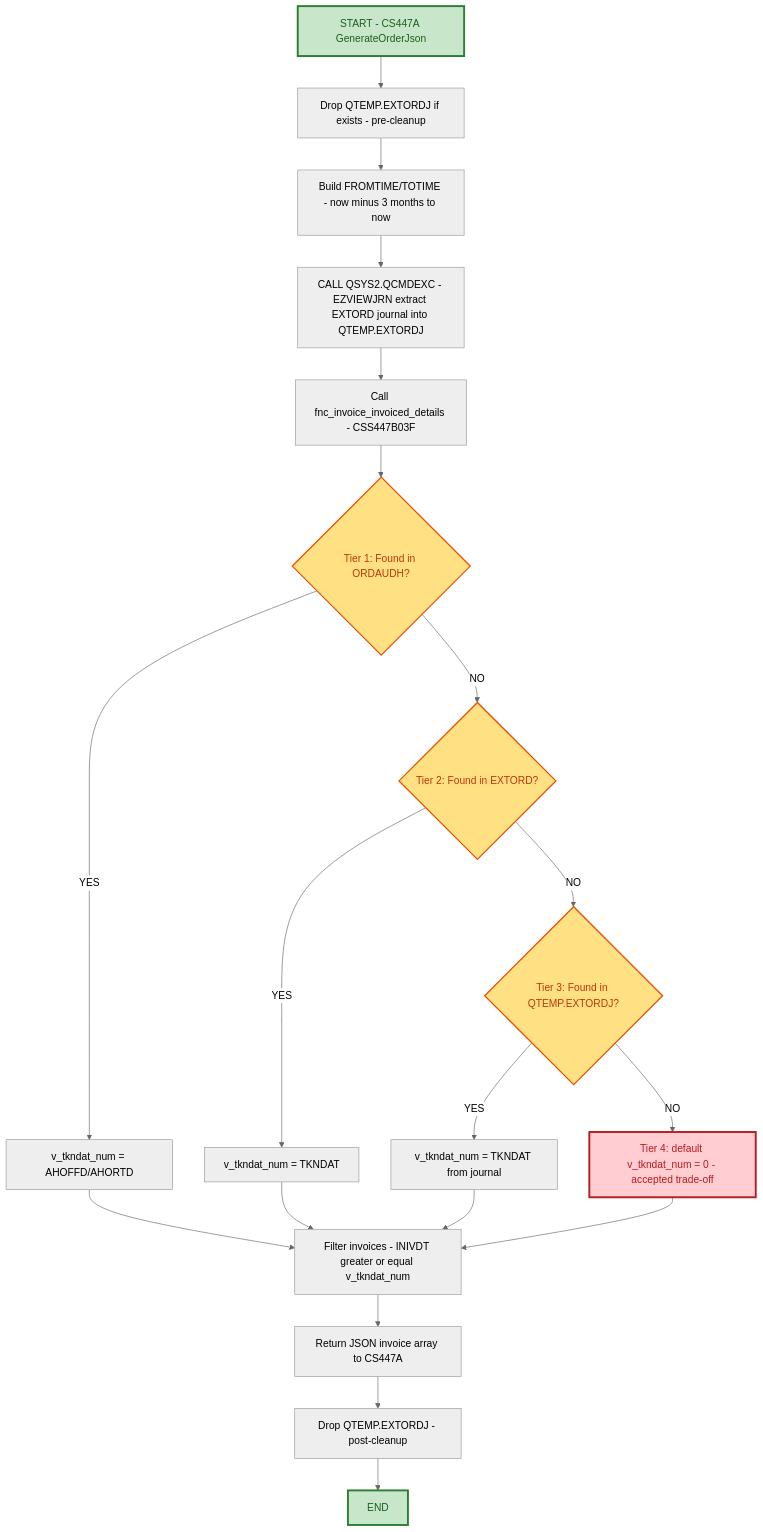
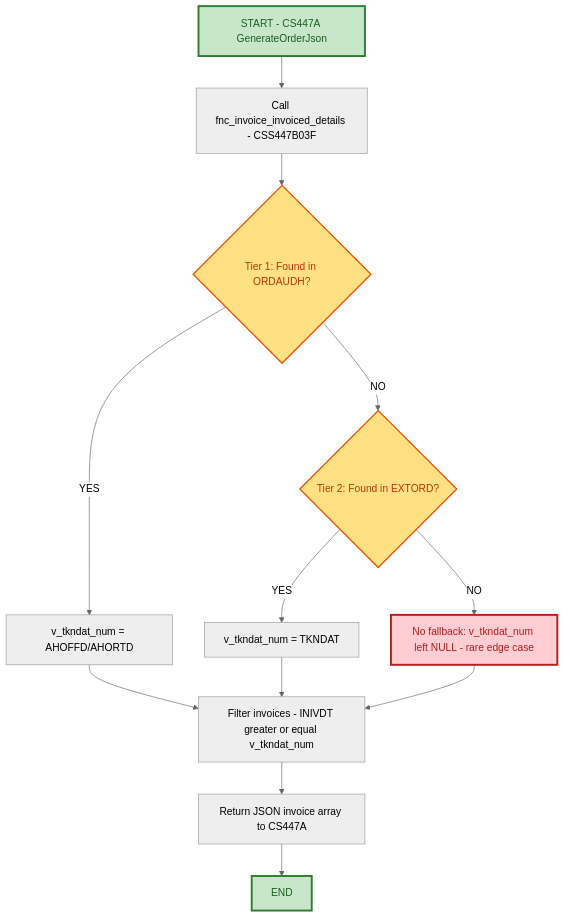
One commit to PremKumarKollabathula/CS2489 changed the diagram in TA of OMS2489.md. Above: the diagram before and after it, drawn with Mermaid (neutral theme). The commit also changed other lines of this file, not shown here.

````diff
--- a/TA of OMS2489.md
+++ b/TA of OMS2489.md
@@ -69,28 +68,20 @@
 ```mermaid
 graph TD
-    A[START - CS447A GenerateOrderJson] --> B[Drop QTEMP.EXTORDJ if exists - pre-cleanup]
-    B --> C[Build FROMTIME/TOTIME - now minus 3 months to now]
-    C --> D[CALL QSYS2.QCMDEXC - EZVIEWJRN extract EXTORD journal into QTEMP.EXTORDJ]
-    D --> E[Call fnc_invoice_invoiced_details - CSS447B03F]
+    A[START - CS447A GenerateOrderJson] --> E[Call fnc_invoice_invoiced_details - CSS447B03F]
     E --> F{Tier 1: Found in ORDAUDH?}
     F -->|YES| G[v_tkndat_num = AHOFFD/AHORTD]
     F -->|NO| H{Tier 2: Found in EXTORD?}
     H -->|YES| I[v_tkndat_num = TKNDAT]
-    H -->|NO| J{Tier 3: Found in QTEMP.EXTORDJ?}
-    J -->|YES| K[v_tkndat_num = TKNDAT from journal]
-    J -->|NO| L[Tier 4: default v_tkndat_num = 0 - accepted trade-off]
+    H -->|NO| L[No fallback: v_tkndat_num left NULL - rare edge case]
     G --> M[Filter invoices - INIVDT greater or equal v_tkndat_num]
     I --> M
-    K --> M
     L --> M
     M --> N[Return JSON invoice array to CS447A]
-    N --> O[Drop QTEMP.EXTORDJ - post-cleanup]
-    O --> Z[END]
+    N --> Z[END]
 
     style A fill:#C8E6C9,stroke:#2E7D32,stroke-width:3px,color:#1B5E20
     style Z fill:#C8E6C9,stroke:#2E7D32,stroke-width:3px,color:#1B5E20
     style L fill:#FFCDD2,stroke:#B71C1C,stroke-width:3px,color:#B71C1C
     style F fill:#FFE082,stroke:#E65100,stroke-width:2px,color:#BF360C
     style H fill:#FFE082,stroke:#E65100,stroke-width:2px,color:#BF360C
-    style J fill:#FFE082,stroke:#E65100,stroke-width:2px,color:#BF360C
 ```
````
